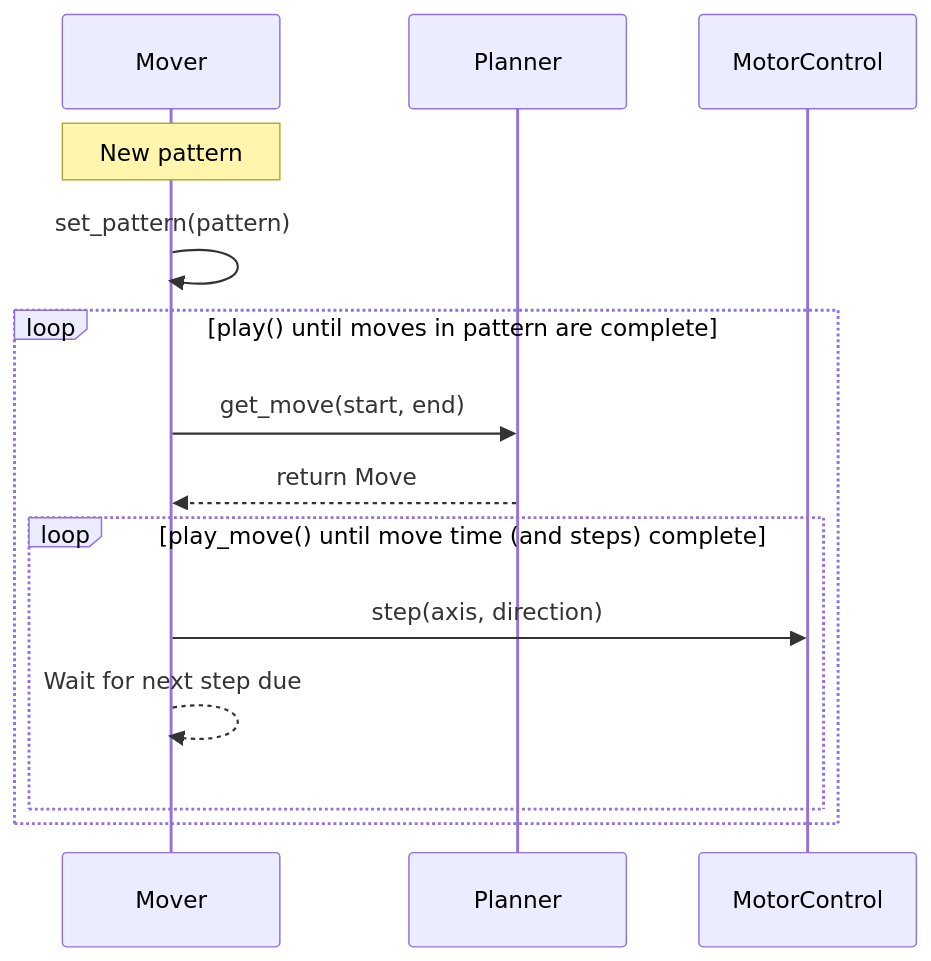
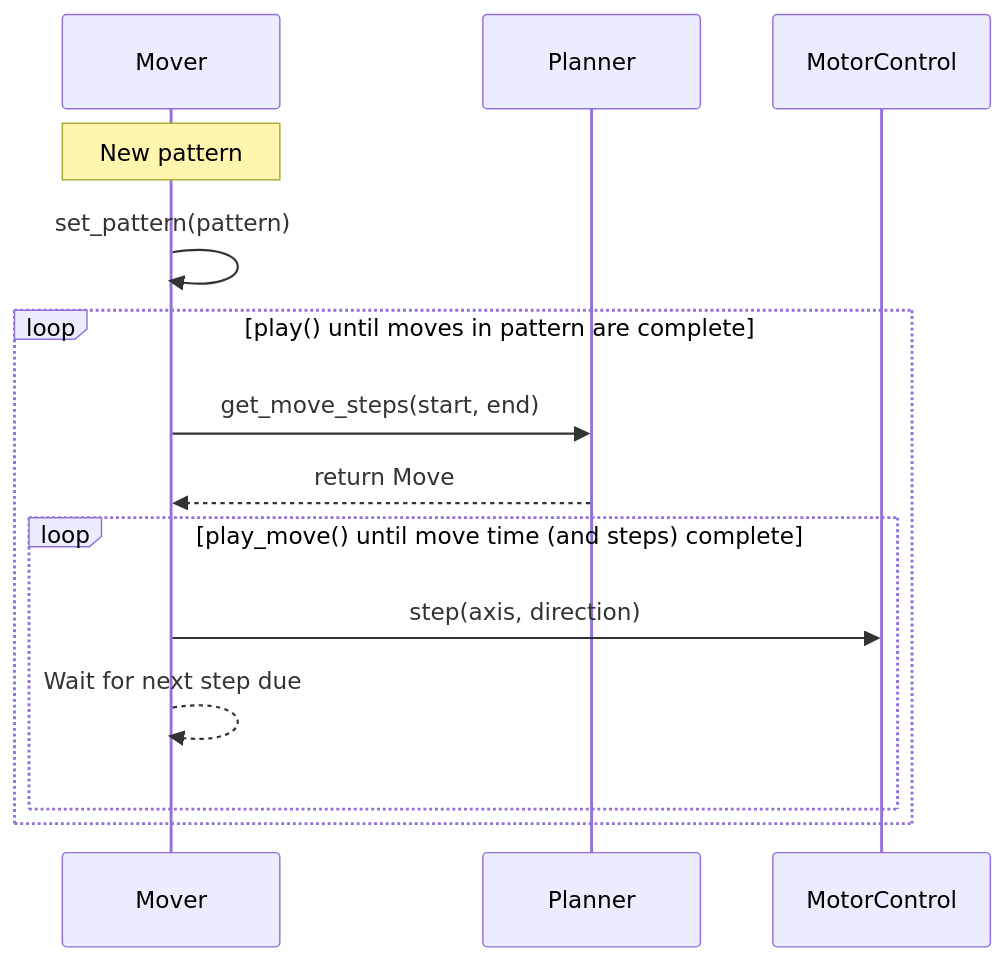
Before and after one commit to mpinder0/mini-sandtable-polar-esp32: the third of 3 diagrams in docs/software_design.md, drawn with Mermaid. The commit also changed other lines of this file and 4 other files, not shown here.

````diff
--- a/docs/software_design.md
+++ b/docs/software_design.md
@@ -68,13 +68,13 @@
 ```mermaid
 sequenceDiagram
     note over Mover: New pattern
     Mover->>Mover: set_pattern(pattern)
     loop play() until moves in pattern are complete
-        Mover->>Planner: get_move(start, end)
+        Mover->>Planner: get_move_steps(start, end)
         Planner-->>Mover: return Move
         loop play_move() until move time (and steps) complete
             Mover->>MotorControl: step(axis, direction)
             Mover-->>Mover: Wait for next step due
         end
     end
 ```
````
